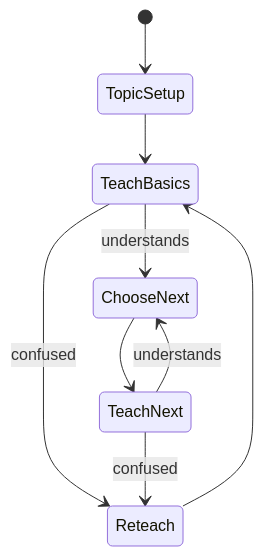
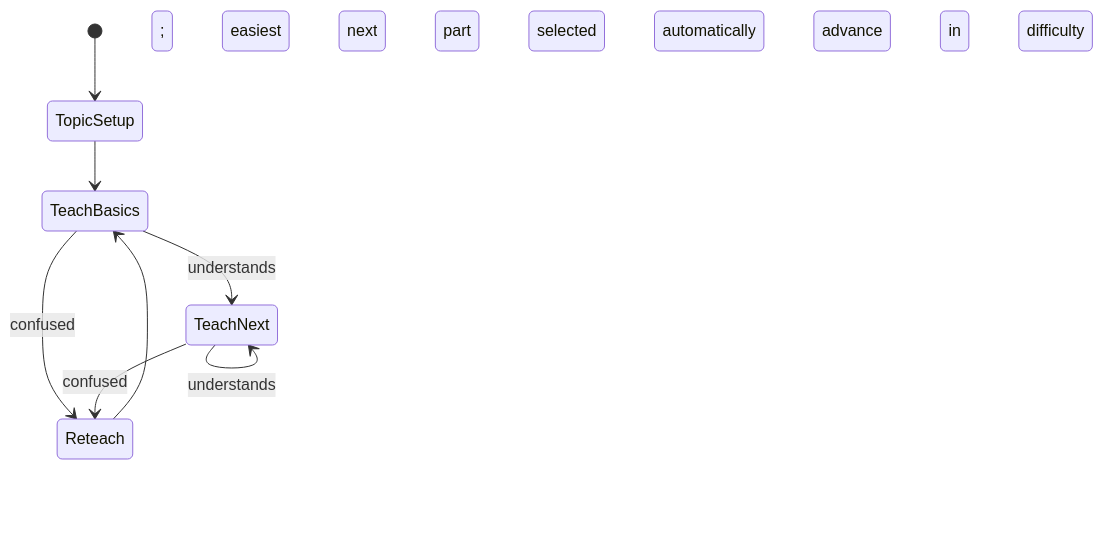
Before and after one commit to ayaandmr/Faraday: the diagram in docs/Backend/learning-engine.md, drawn with Mermaid. The commit also changed 6 other files, not shown here.

````diff
--- a/docs/Backend/learning-engine.md
+++ b/docs/Backend/learning-engine.md
@@ -88,11 +88,10 @@
 ```mermaid
 stateDiagram-v2
     [*] --> TopicSetup
     TopicSetup --> TeachBasics
     TeachBasics --> Reteach: confused
     Reteach --> TeachBasics
-    TeachBasics --> ChooseNext: understands
-    ChooseNext --> TeachNext
+    TeachBasics --> TeachNext: understands; easiest next part selected automatically
     TeachNext --> Reteach: confused
-    TeachNext --> ChooseNext: understands
+    TeachNext --> TeachNext: understands; advance in difficulty
 ```
````
